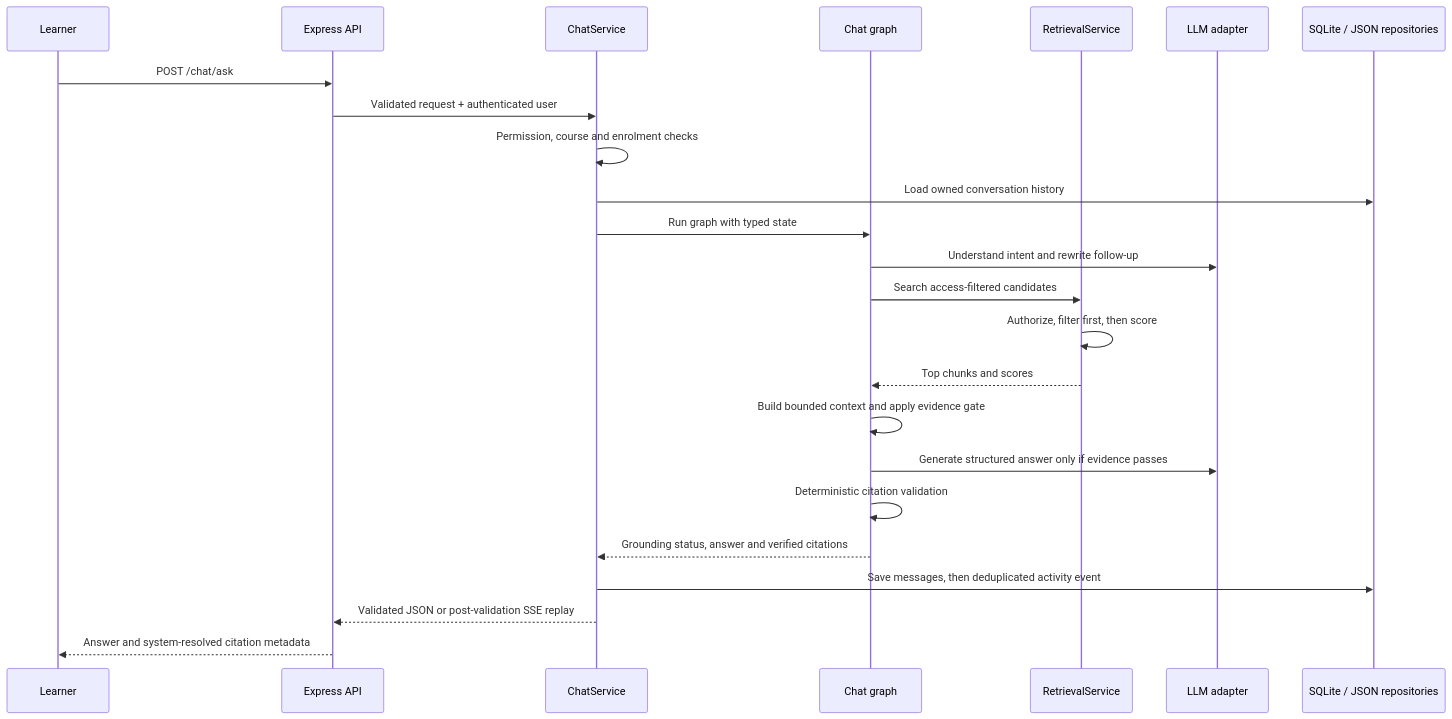
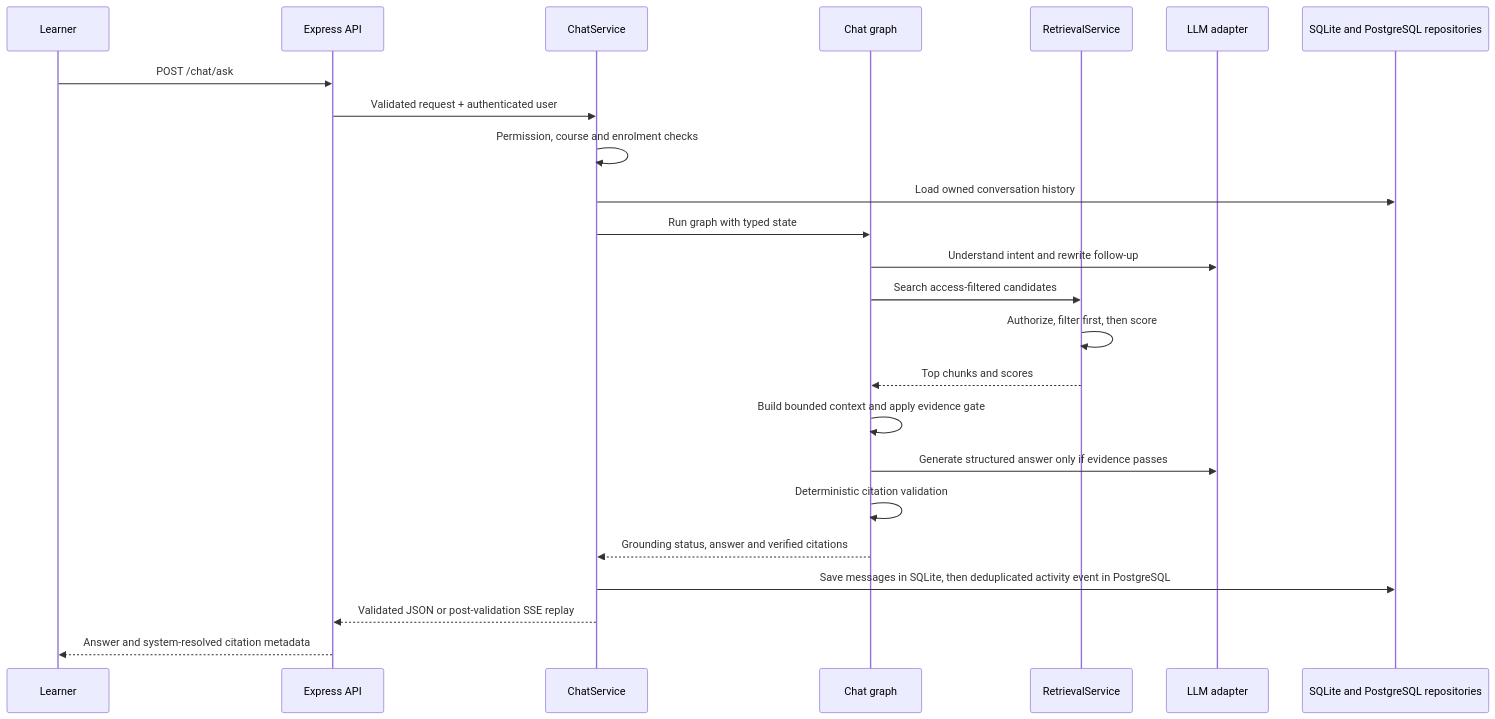
The second of 3 diagrams in docs/architecture/Data-Flow.md (Nkululeko-data/ai-learning-assistant), drawn with Mermaid before and after one commit. The commit also changed other lines of this file and 51 other files, not shown here.

````diff
--- a/docs/architecture/Data-Flow.md
+++ b/docs/architecture/Data-Flow.md
@@ -34,26 +34,26 @@
 ```mermaid
 sequenceDiagram
   participant U as Learner
   participant API as Express API
   participant S as ChatService
   participant G as Chat graph
   participant R as RetrievalService
   participant L as LLM adapter
-  participant DB as SQLite / JSON repositories
+  participant DB as SQLite and PostgreSQL repositories
   U->>API: POST /chat/ask
   API->>S: Validated request + authenticated user
   S->>S: Permission, course and enrolment checks
   S->>DB: Load owned conversation history
   S->>G: Run graph with typed state
   G->>L: Understand intent and rewrite follow-up
   G->>R: Search access-filtered candidates
   R->>R: Authorize, filter first, then score
   R-->>G: Top chunks and scores
   G->>G: Build bounded context and apply evidence gate
   G->>L: Generate structured answer only if evidence passes
   G->>G: Deterministic citation validation
   G-->>S: Grounding status, answer and verified citations
-  S->>DB: Save messages, then deduplicated activity event
+  S->>DB: Save messages in SQLite, then deduplicated activity event in PostgreSQL
   S-->>API: Validated JSON or post-validation SSE replay
   API-->>U: Answer and system-resolved citation metadata
 ```
````
